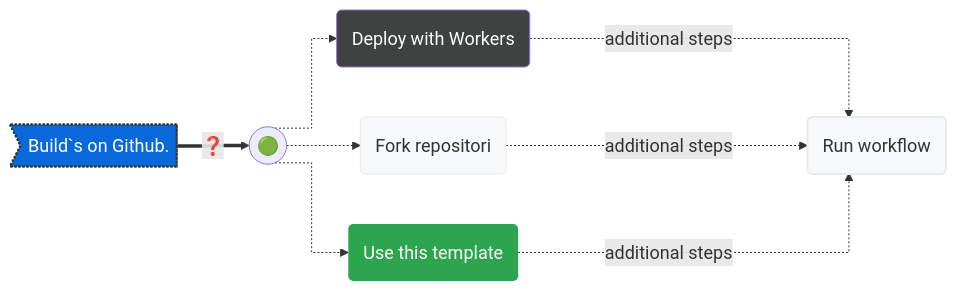
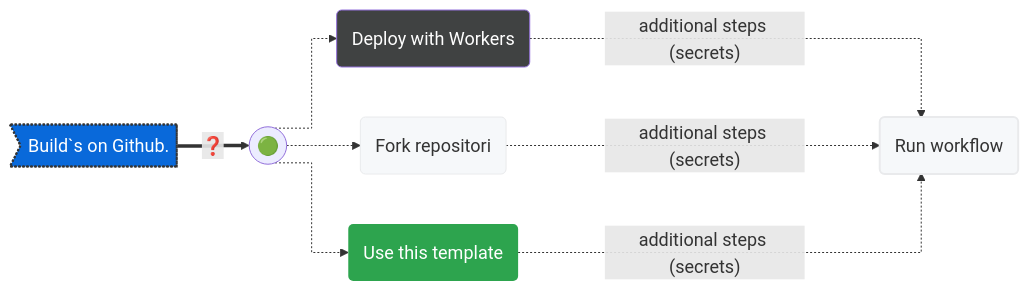
The diagram in README.md (milankomaj/dev-badge), drawn with Mermaid before and after one commit.

````diff
--- a/README.md
+++ b/README.md
@@ -12,24 +12,24 @@
 ```mermaid
 %%{init: {'theme': 'default', 'themeVariables': { 'fontSize': '18px'}}}%%
 %%{ init: { 'flowchart': { 'curve': 'stepAfter' } } }%%
 flowchart LR
 
 A>Build`s on Github.] ==>|"#10067;"| B
 B(("🟢")) .->C("Deploy with Workers")
 B(("🟢")) .->D("Fork repositori")
 B(("🟢")) .->E("Use this template")
-C & D & E -...->|additional steps| F("Run workflow") 
+C & D & E -...->|"additional steps (secrets)"| F("Run workflow") 
 
 style F fill:#f6f8fa,stroke:#333,stroke-width:2px
 style C fill:#404242,color:#fefefe
 style D fill:#f6f8fa,stroke:#e9eaec
 style E fill:#2da44e,stroke-width:0px,color:#ffffff
 style F fill:#f6f8fa,stroke:#e9eaec
 style A fill:#0969da,stroke:#333,stroke-width:2px,color:#fff,stroke-dasharray: 2 2
 
 click A "https://github.com/milankomaj/dev-badge"
 click D "https://github.com/milankomaj/dev-badge/fork"
 click E "https://github.com/milankomaj/dev-badge/generate"
 
 
 ```
````
